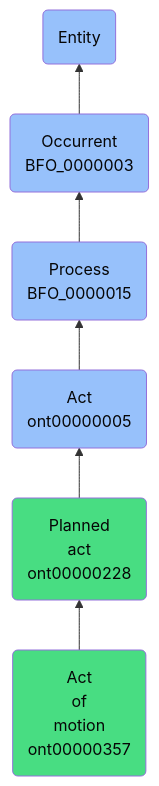
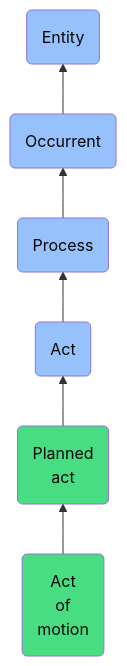
Before and after one commit to jupyter-naas/abi: the diagram in docs/ontology/reference/model/Entity/Occurrent/Process/Act/Planned act/Act of motion/Act of motion.md, drawn with Mermaid. The commit also changed other lines of this file and 1430 other files, not shown here.

````diff
--- a/docs/ontology/reference/model/Entity/Occurrent/Process/Act/Planned act/Act of motion/Act of motion.md
+++ b/docs/ontology/reference/model/Entity/Occurrent/Process/Act/Planned act/Act of motion/Act of motion.md
@@ -24,13 +24,13 @@
 ```mermaid
 graph BT
-    ont00000357(Act<br>of<br>motion<br>ont00000357):::ABI-->ont00000228
-    ont00000228(Planned<br>act<br>ont00000228):::ABI-->ont00000005
-    ont00000005(Act<br>ont00000005):::BFO-->BFO_0000015
-    BFO_0000015(Process<br>BFO_0000015):::BFO-->BFO_0000003
-    BFO_0000003(Occurrent<br>BFO_0000003):::BFO-->BFO_0000001
+    ont00000357(Act<br>of<br>motion):::ABI-->ont00000228
+    ont00000228(Planned<br>act):::ABI-->ont00000005
+    ont00000005(Act):::BFO-->BFO_0000015
+    BFO_0000015(Process):::BFO-->BFO_0000003
+    BFO_0000003(Occurrent):::BFO-->BFO_0000001
     BFO_0000001(Entity):::BFO
     
     classDef BFO fill:#97c1fb,color:#060606
     classDef CCO fill:#e4c51e,color:#060606
     classDef ABI fill:#48DD82,color:#060606
 ```
````
